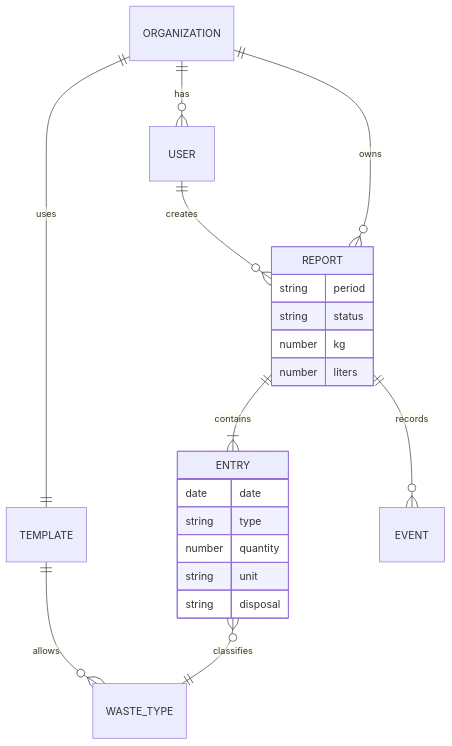
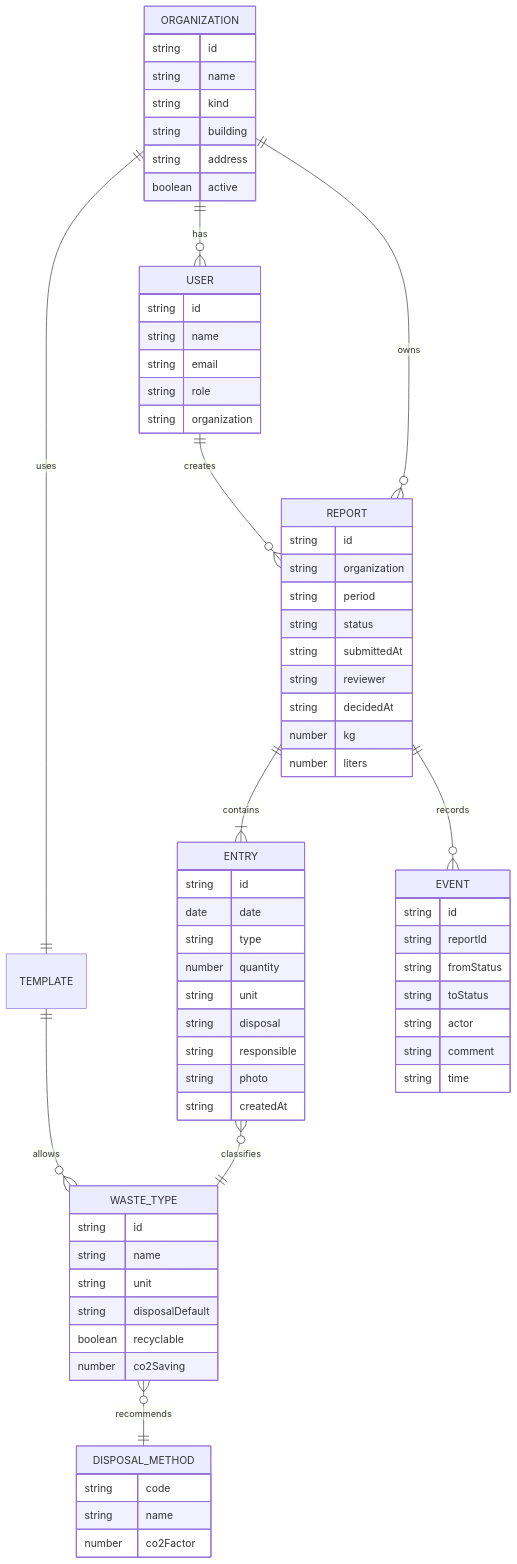
Before and after one commit to 23b55631-netizen/EcoFood.atu: the second of 2 diagrams in docs/architecture.md, drawn with Mermaid. The commit also changed 5 other files, not shown here.

````diff
--- a/docs/architecture.md
+++ b/docs/architecture.md
@@ -31,25 +31,72 @@
 ```mermaid
 erDiagram
   ORGANIZATION ||--o{ USER : has
   ORGANIZATION ||--|| TEMPLATE : uses
   TEMPLATE ||--o{ WASTE_TYPE : allows
   USER ||--o{ REPORT : creates
   ORGANIZATION ||--o{ REPORT : owns
   REPORT ||--|{ ENTRY : contains
   REPORT ||--o{ EVENT : records
   ENTRY }o--|| WASTE_TYPE : classifies
+  WASTE_TYPE }o--|| DISPOSAL_METHOD : recommends
 
+  ORGANIZATION {
+    string id
+    string name
+    string kind
+    string building
+    string address
+    boolean active
+  }
+  USER {
+    string id
+    string name
+    string email
+    string role
+    string organization
+  }
+  WASTE_TYPE {
+    string id
+    string name
+    string unit
+    string disposalDefault
+    boolean recyclable
+    number co2Saving
+  }
+  DISPOSAL_METHOD {
+    string code
+    string name
+    number co2Factor
+  }
   REPORT {
+    string id
+    string organization
     string period
     string status
+    string submittedAt
+    string reviewer
+    string decidedAt
     number kg
     number liters
   }
   ENTRY {
+    string id
     date date
     string type
     number quantity
     string unit
     string disposal
+    string responsible
+    string photo
+    string createdAt
+  }
+  EVENT {
+    string id
+    string reportId
+    string fromStatus
+    string toStatus
+    string actor
+    string comment
+    string time
   }
 ```
````
